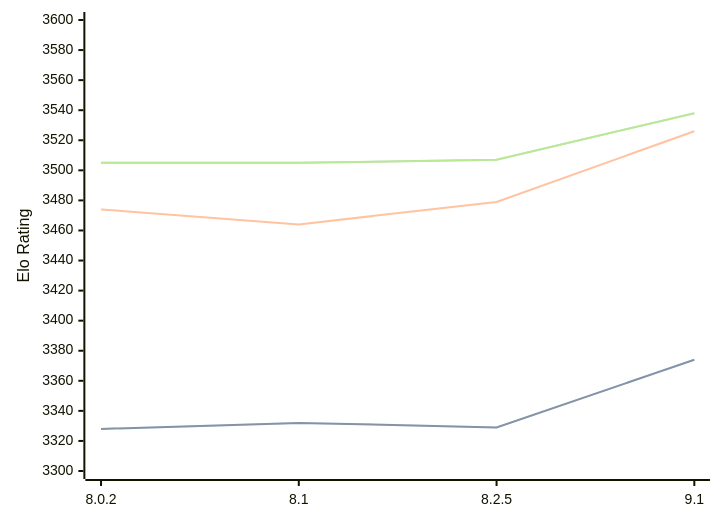
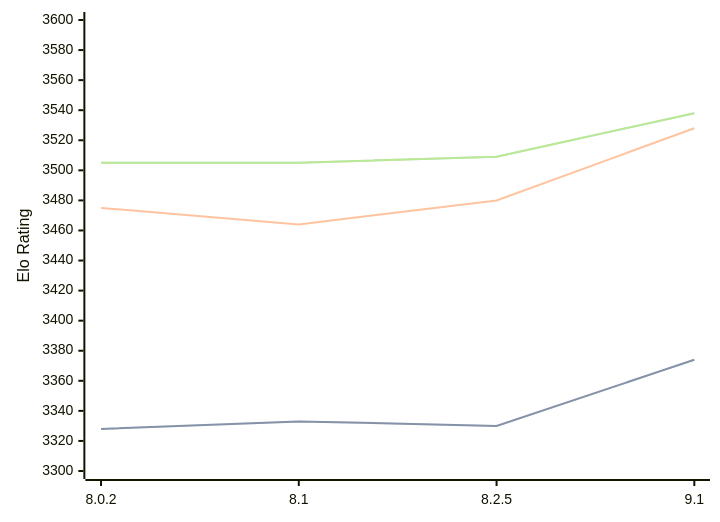
The diagram in engines/Clover.md (computer-chess-index/cci), drawn with Mermaid before and after one commit. The commit also changed other lines of this file, not shown here.

Commit message:
Update CCI Ratings (ELO VLTC) - 2026-08-10

````diff
--- a/engines/Clover.md
+++ b/engines/Clover.md
@@ -36,11 +35,11 @@
 ```mermaid
 %%{init: {"theme":"base","themeVariables":{"seriesColors:['#a3a3a3','#222221','#faa371']}}}%%
 xychart-beta
   x-axis ["8.0.2", "8.1", "8.2.5", "9.1"]
   y-axis "Elo Rating" 3300 --> 3600
-  line "STC (8.0+0.08s)" [3328, 3332, 3329, 3374]
-  line "STC (8.0+0.08s)" [3328, 3332, 3329, 3374]
-  line "LTC (60.0+0.60s)" [3474, 3464, 3479, 3526]
-  line "VLTC (2m24s+1.12s)" [3505, 3505, 3507, 3538]
-  line "VLTC (2m24s+1.12s)" [3505, 3505, 3507, 3538]
+  line "STC (8.0+0.08s)" [3328, 3333, 3330, 3374]
+  line "STC (8.0+0.08s)" [3328, 3333, 3330, 3374]
+  line "LTC (60.0+0.60s)" [3475, 3464, 3480, 3528]
+  line "VLTC (2m24s+1.12s)" [3505, 3505, 3509, 3538]
+  line "VLTC (2m24s+1.12s)" [3505, 3505, 3509, 3538]
 ```
````
